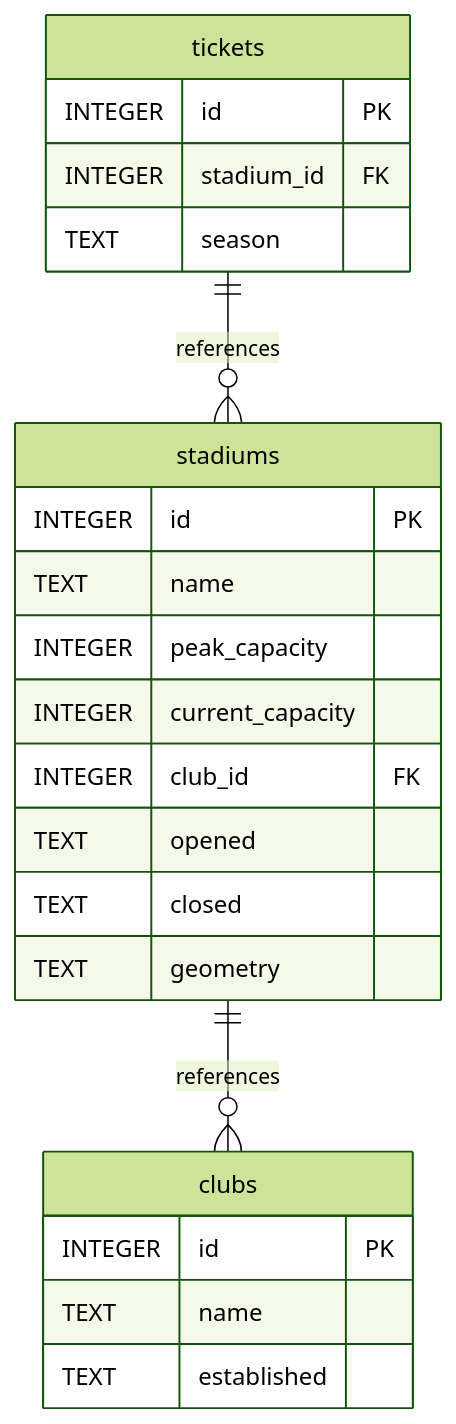
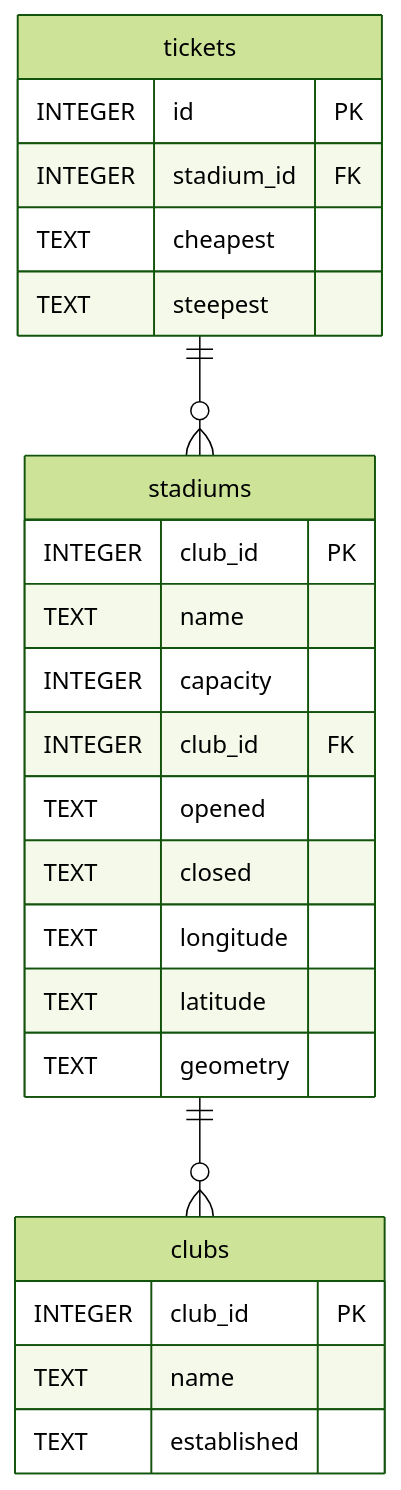
One commit to liamcrismani/premier-league-stadiums changed the diagram in README.md. Above: the diagram before and after it, drawn with Mermaid (forest theme). The commit also changed other lines of this file, not shown here.

Commit message:
README update to match db schema to new changes

````diff
--- a/README.md
+++ b/README.md
@@ -72,28 +74,30 @@
 ```mermaid
 erDiagram
-	stadiums ||--o{ clubs : references
-	tickets ||--o{ stadiums : references
+	stadiums ||--o{ clubs : ""
+	tickets ||--o{ stadiums : ""
 
 	clubs {
-		INTEGER id PK
+		INTEGER club_id PK
 		TEXT name
 		TEXT established
 	}
 
 	stadiums {
-		INTEGER id PK
+		INTEGER club_id PK
 		TEXT name
-		INTEGER peak_capacity
-		INTEGER current_capacity
+		INTEGER capacity 
 		INTEGER club_id FK
 		TEXT opened
 		TEXT closed
+		TEXT longitude
+		TEXT latitude
 		TEXT geometry
 	}
 
 	tickets {
 		INTEGER id PK
 		INTEGER stadium_id FK
-		TEXT season
+		TEXT cheapest
+		TEXT steepest
 	}
 ```
````
